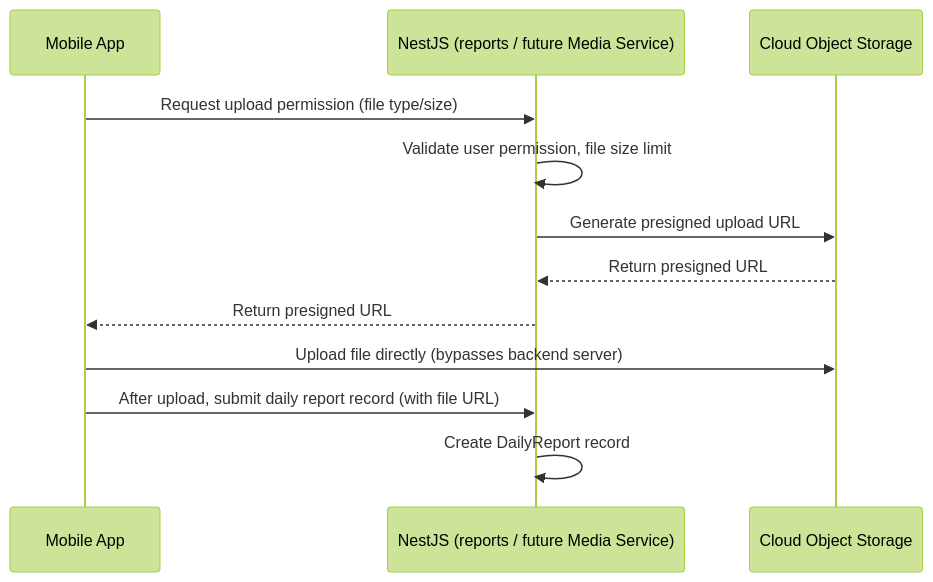
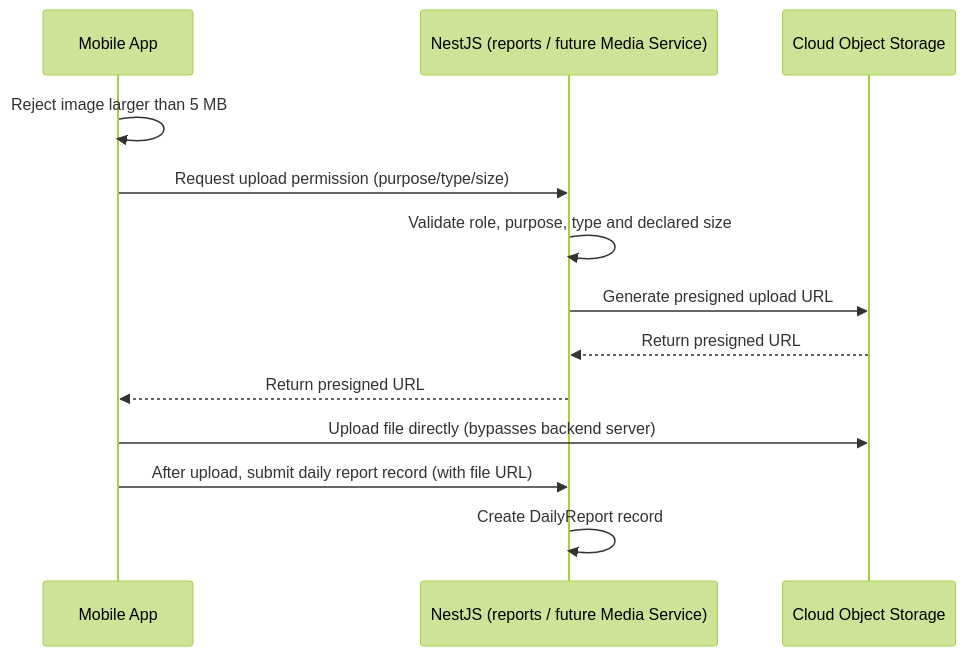
One commit to xiyunliu610/yt-paws-platform changed the third of 7 diagrams in docs/03_System_Architecture.md. Above: the diagram before and after it, drawn with Mermaid (forest theme). The commit also changed other lines of this file and 14 other files, not shown here.

````diff
--- a/docs/03_System_Architecture.md
+++ b/docs/03_System_Architecture.md
@@ -259,15 +259,16 @@
 ```mermaid
 sequenceDiagram
     participant App as Mobile App
     participant API as NestJS (reports / future Media Service)
     participant Storage as Cloud Object Storage
 
-    App->>API: Request upload permission (file type/size)
-    API->>API: Validate user permission, file size limit
+    App->>App: Reject image larger than 5 MB
+    App->>API: Request upload permission (purpose/type/size)
+    API->>API: Validate role, purpose, type and declared size
     API->>Storage: Generate presigned upload URL
     Storage-->>API: Return presigned URL
     API-->>App: Return presigned URL
     App->>Storage: Upload file directly (bypasses backend server)
     App->>API: After upload, submit daily report record (with file URL)
     API->>API: Create DailyReport record
 ```
````
